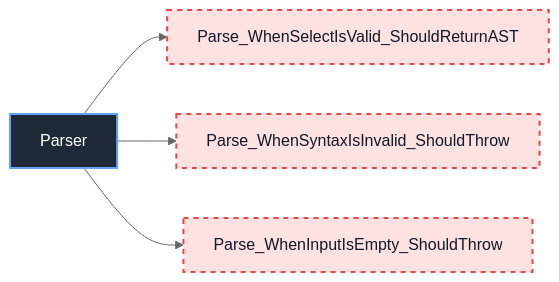
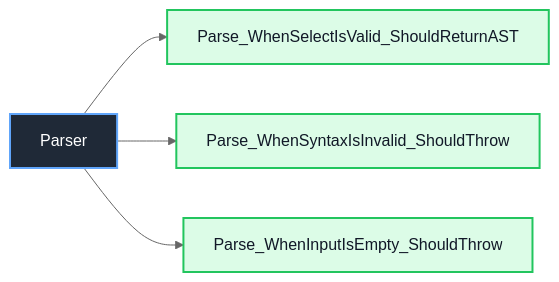
Diagram 26 of 31 in docs/unit-test/README.md (manaxpow/DBMS), drawn with Mermaid (neutral theme) before and after one commit. The commit also changed other lines of this file and 9 other files, not shown here.

Commit message:
Update sequence and class diagram for query processor

````diff
--- a/docs/unit-test/README.md
+++ b/docs/unit-test/README.md
@@ -560,15 +587,15 @@
 ```mermaid
 flowchart LR
     Class_Parser["Parser"]
 
     Class_Parser --> PAR_001["Parse_WhenSelectIsValid_ShouldReturnAST"]
     Class_Parser --> PAR_002["Parse_WhenSyntaxIsInvalid_ShouldThrow"]
     Class_Parser --> PAR_003["Parse_WhenInputIsEmpty_ShouldThrow"]
 
     classDef classNode fill:#1f2937,stroke:#60a5fa,color:#ffffff,stroke-width:2px
     classDef completedTest fill:#dcfce7,stroke:#22c55e,color:#111827,stroke-width:2px
     classDef missingTest fill:#fee2e2,stroke:#ef4444,color:#111827,stroke-width:2px,stroke-dasharray: 5 5
 
     class Class_Parser classNode
-    class PAR_001,PAR_002,PAR_003 missingTest
+    class PAR_001,PAR_002,PAR_003 completedTest
 ```
````
